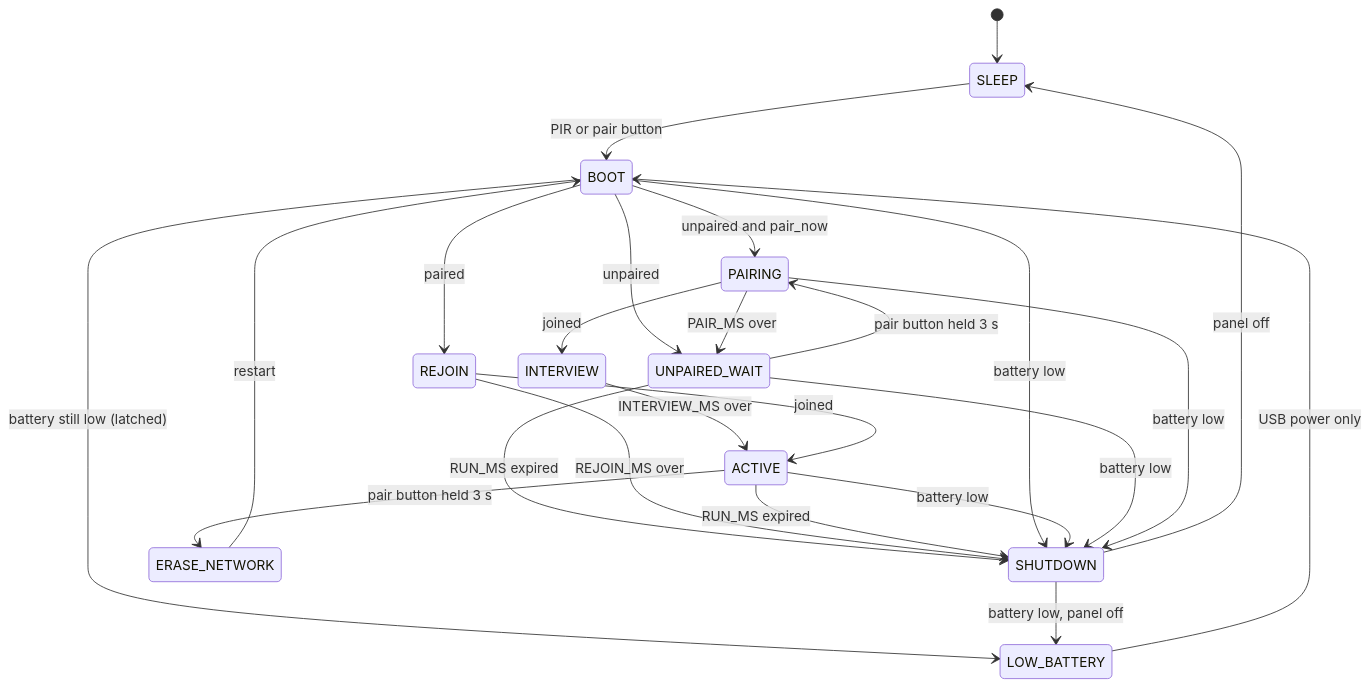
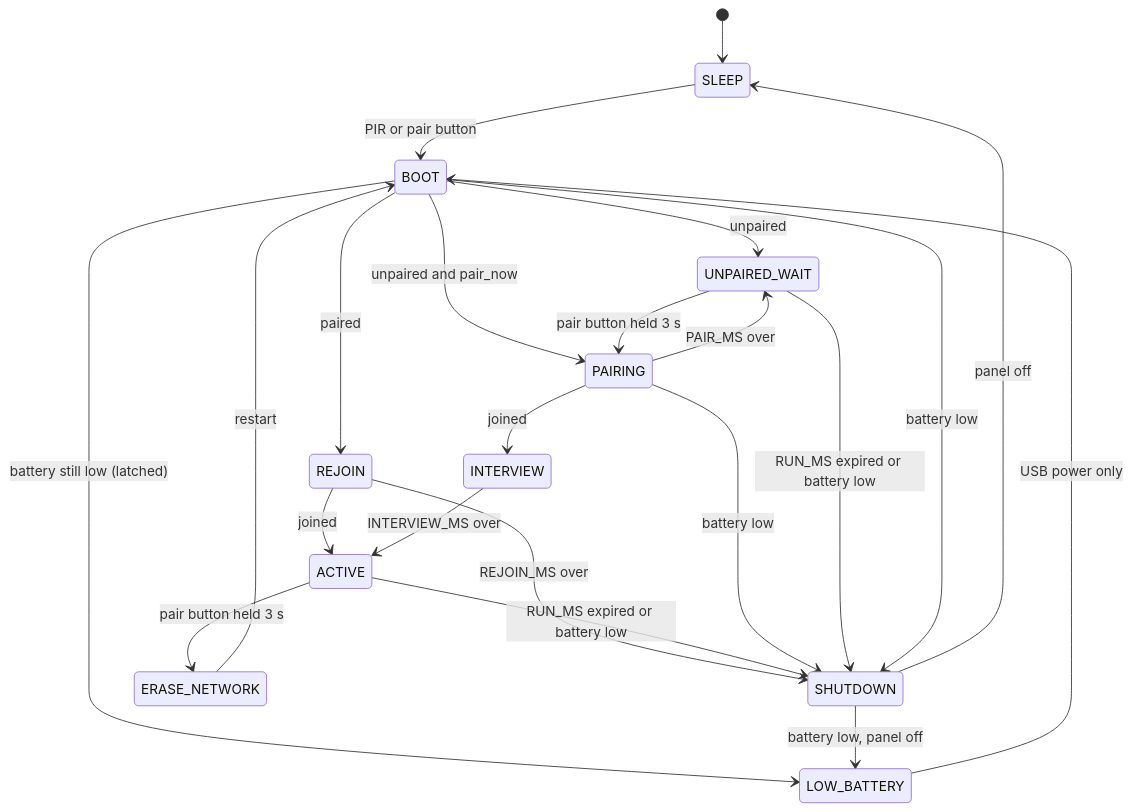
One commit to vgabor99/greenlight changed the diagram in DESIGN.md. Above: the diagram before and after it, drawn with Mermaid.

Commit message:
Untangle the state diagram

````diff
--- a/DESIGN.md
+++ b/DESIGN.md
@@ -89,26 +89,34 @@
 ```mermaid
 stateDiagram-v2
+    %% The declaration order sets the layout: paired path left, unpaired path in the middle, SHUTDOWN right.
+    state BOOT
+    state REJOIN
+    state ACTIVE
+    state ERASE_NETWORK
+    state UNPAIRED_WAIT
+    state PAIRING
+    state INTERVIEW
+    state SHUTDOWN
+    state LOW_BATTERY
     [*] --> SLEEP
     SLEEP --> BOOT: PIR or pair button
     BOOT --> REJOIN: paired
+    BOOT --> UNPAIRED_WAIT: unpaired
     BOOT --> PAIRING: unpaired and pair_now
-    BOOT --> UNPAIRED_WAIT: unpaired
-    UNPAIRED_WAIT --> PAIRING: pair button held 3 s
-    UNPAIRED_WAIT --> SHUTDOWN: RUN_MS expired
-    PAIRING --> INTERVIEW: joined
-    PAIRING --> UNPAIRED_WAIT: PAIR_MS over
-    INTERVIEW --> ACTIVE: INTERVIEW_MS over
     REJOIN --> ACTIVE: joined
     REJOIN --> SHUTDOWN: REJOIN_MS over
-    ACTIVE --> SHUTDOWN: RUN_MS expired
     ACTIVE --> ERASE_NETWORK: pair button held 3 s
     ERASE_NETWORK --> BOOT: restart
+    ACTIVE --> SHUTDOWN: RUN_MS expired or battery low
+    UNPAIRED_WAIT --> PAIRING: pair button held 3 s
+    PAIRING --> UNPAIRED_WAIT: PAIR_MS over
+    PAIRING --> INTERVIEW: joined
+    INTERVIEW --> ACTIVE: INTERVIEW_MS over
+    PAIRING --> SHUTDOWN: battery low
+    UNPAIRED_WAIT --> SHUTDOWN: RUN_MS expired or battery low
+    BOOT --> SHUTDOWN: battery low
+    BOOT --> LOW_BATTERY: battery still low (latched)
+    SHUTDOWN --> LOW_BATTERY: battery low, panel off
     SHUTDOWN --> SLEEP: panel off
-    BOOT --> LOW_BATTERY: battery still low (latched)
-    BOOT --> SHUTDOWN: battery low
-    ACTIVE --> SHUTDOWN: battery low
-    UNPAIRED_WAIT --> SHUTDOWN: battery low
-    PAIRING --> SHUTDOWN: battery low
-    SHUTDOWN --> LOW_BATTERY: battery low, panel off
     LOW_BATTERY --> BOOT: USB power only
 ```
````
